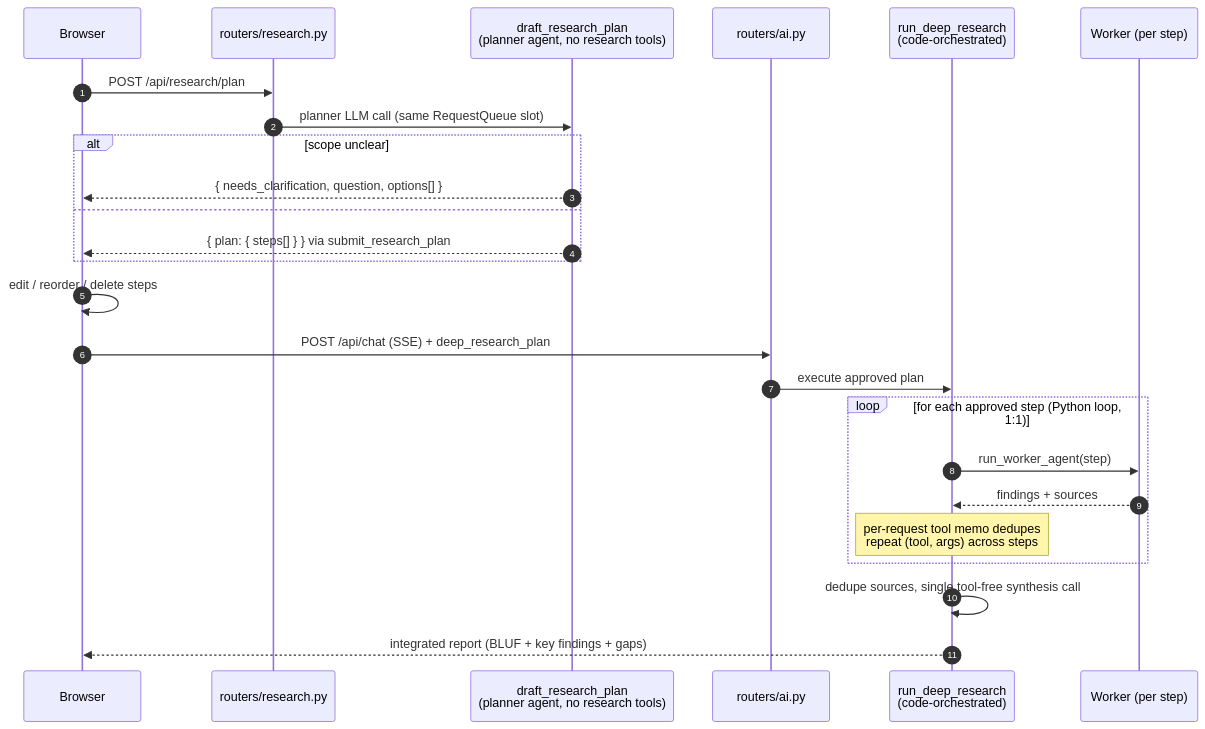
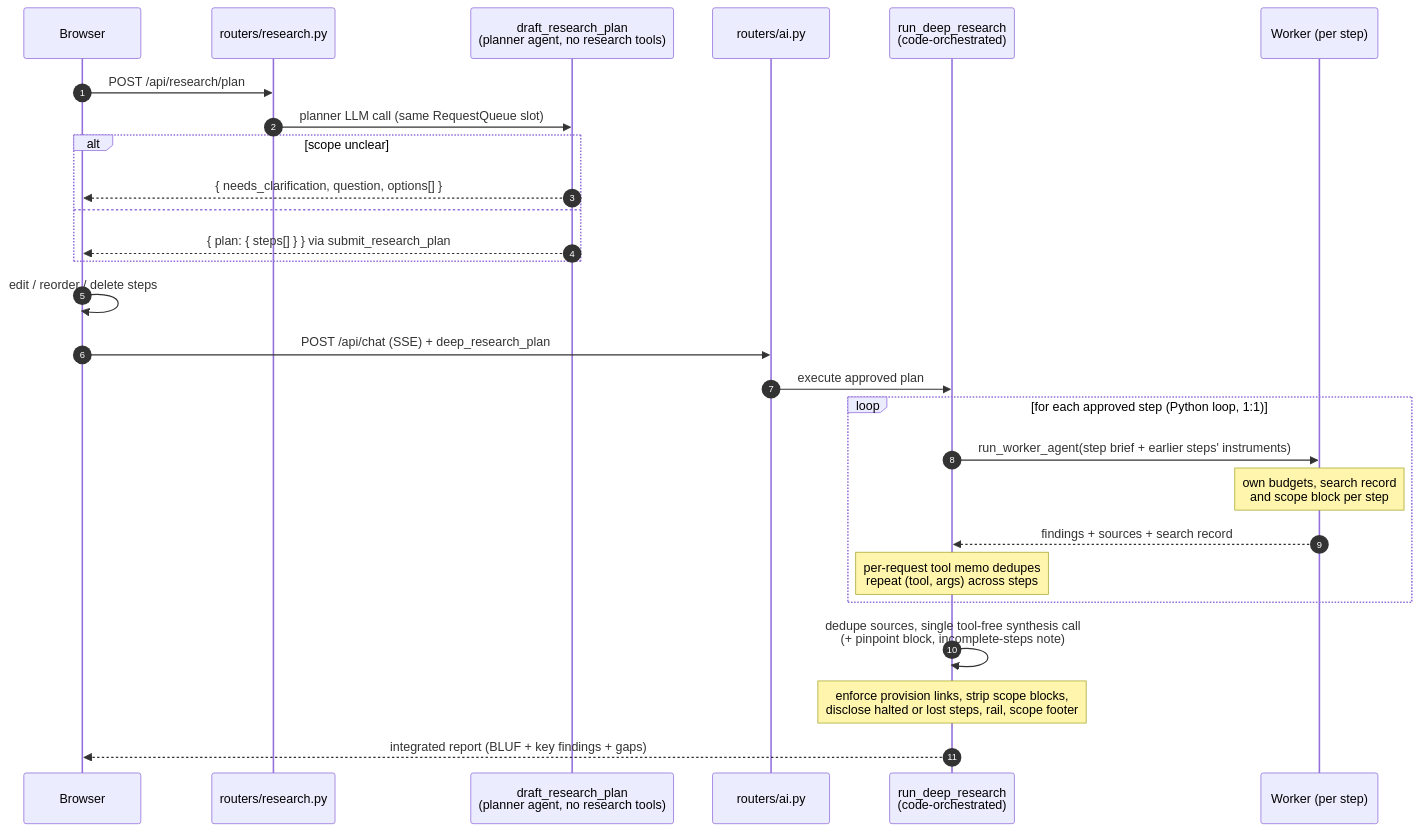
One commit to delphium226/LexChat changed the sixth of 15 diagrams in docs/ARCHITECTURE.md. Above: the diagram before and after it, drawn with Mermaid. The commit also changed other lines of this file and 18 other files, not shown here.

````diff
--- a/docs/ARCHITECTURE.md
+++ b/docs/ARCHITECTURE.md
@@ -370,28 +534,30 @@
 ```mermaid
 sequenceDiagram
     autonumber
     participant U as Browser
     participant RP as routers/research.py
     participant PL as draft_research_plan<br/>(planner agent, no research tools)
     participant AI as routers/ai.py
     participant DR as run_deep_research<br/>(code-orchestrated)
     participant W as Worker (per step)
 
     U->>RP: POST /api/research/plan
     RP->>PL: planner LLM call (same RequestQueue slot)
     alt scope unclear
         PL-->>U: { needs_clarification, question, options[] }
     else
         PL-->>U: { plan: { steps[] } } via submit_research_plan
     end
     U->>U: edit / reorder / delete steps
     U->>AI: POST /api/chat (SSE) + deep_research_plan
     AI->>DR: execute approved plan
     loop for each approved step (Python loop, 1:1)
-        DR->>W: run_worker_agent(step)
-        W-->>DR: findings + sources
+        DR->>W: run_worker_agent(step brief + earlier steps' instruments)
+        Note over W: own budgets, search record<br/>and scope block per step
+        W-->>DR: findings + sources + search record
         Note over DR: per-request tool memo dedupes<br/>repeat (tool, args) across steps
     end
-    DR->>DR: dedupe sources, single tool-free synthesis call
+    DR->>DR: dedupe sources, single tool-free synthesis call<br/>(+ pinpoint block, incomplete-steps note)
+    Note over DR: enforce provision links, strip scope blocks,<br/>disclose halted or lost steps, rail, scope footer
     DR-->>U: integrated report (BLUF + key findings + gaps)
 ```
````
